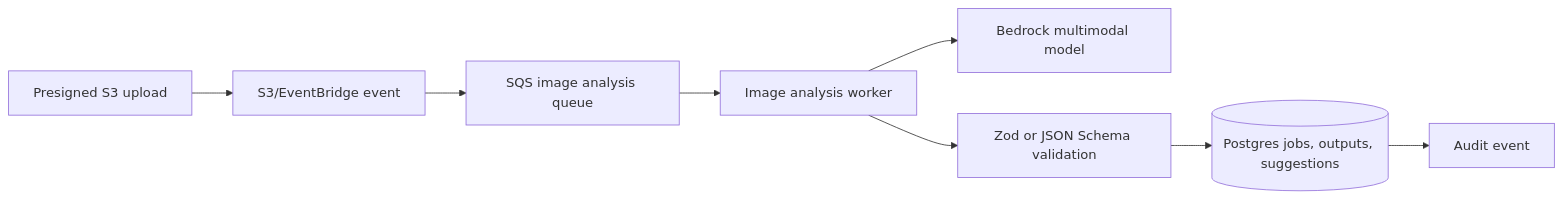
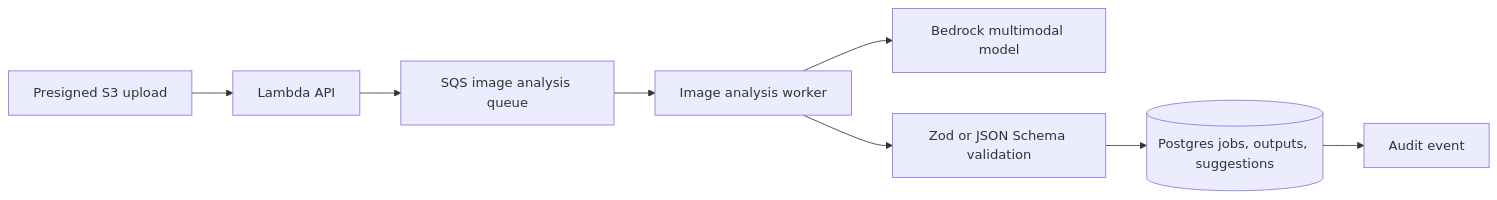
One commit to manynames3/inspectiq changed the diagram in docs/image-processing.md. Above: the diagram before and after it, drawn with Mermaid. The commit also changed other lines of this file and 106 other files, not shown here.

````diff
--- a/docs/image-processing.md
+++ b/docs/image-processing.md
@@ -18,10 +18,10 @@
 ```mermaid
 flowchart LR
-  Upload[Presigned S3 upload] --> Event[S3/EventBridge event]
-  Event --> Queue[SQS image analysis queue]
+  Upload[Presigned S3 upload] --> API[Lambda API]
+  API --> Queue[SQS image analysis queue]
   Queue --> Worker[Image analysis worker]
   Worker --> Bedrock[Bedrock multimodal model]
   Worker --> Validate[Zod or JSON Schema validation]
   Validate --> DB[(Postgres jobs, outputs, suggestions)]
   DB --> Audit[Audit event]
 ```
````
